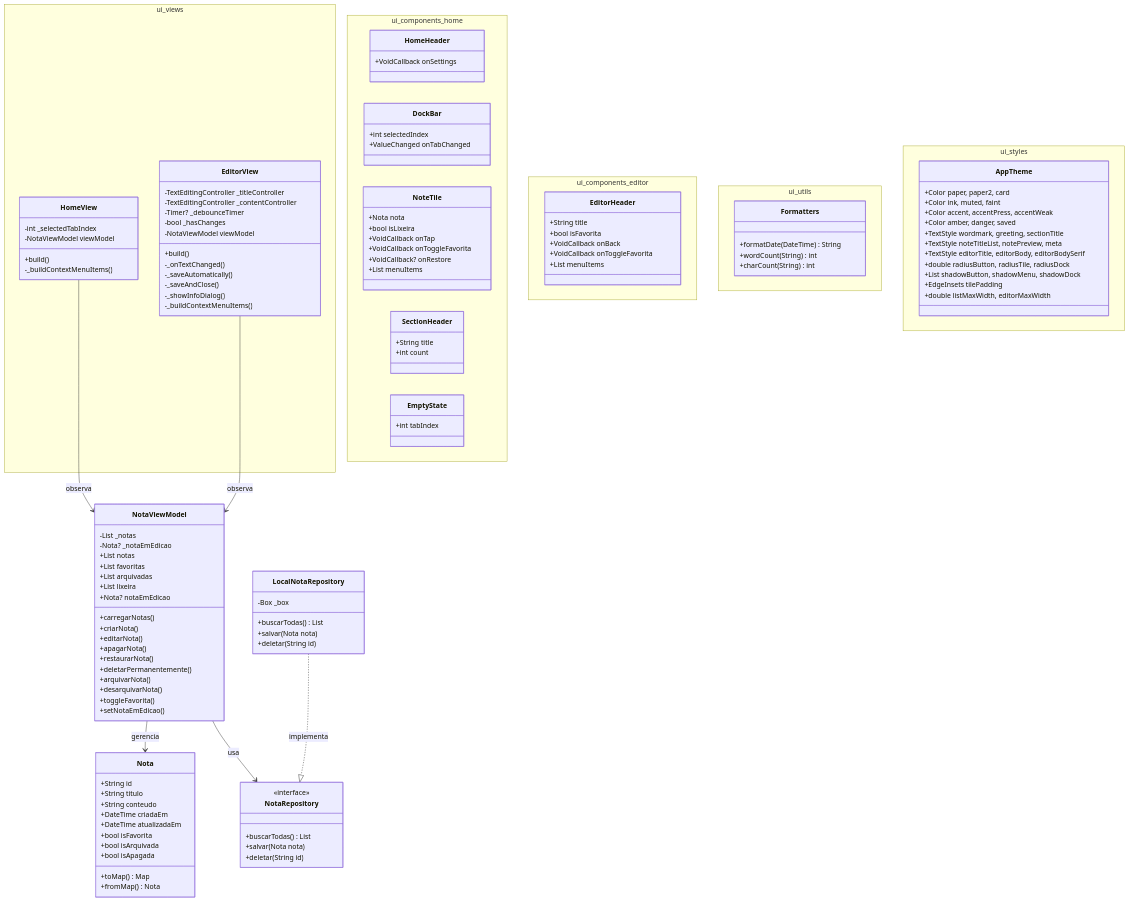
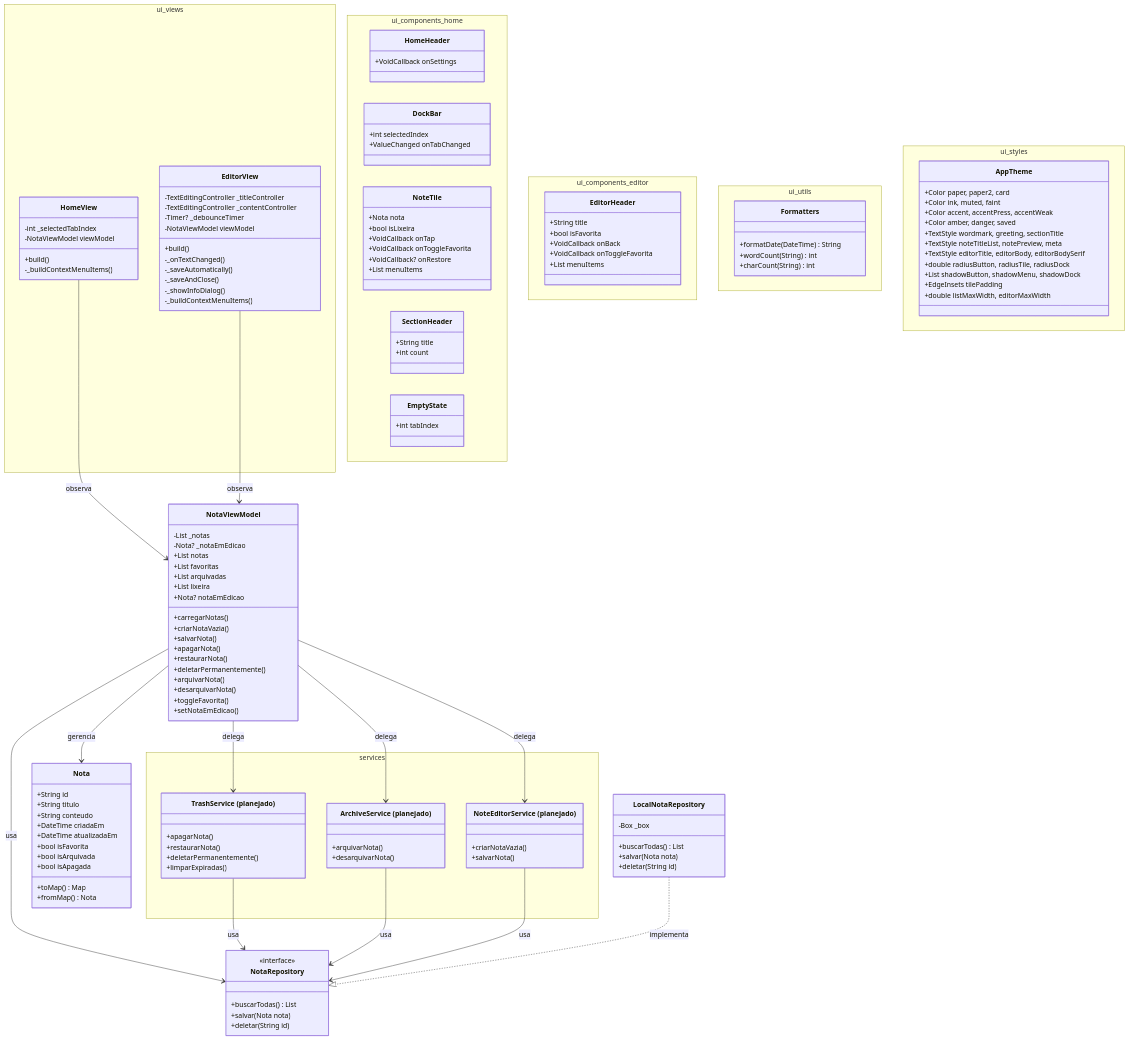
One commit to rogial12/anotai changed the diagram in docs/diagrama.md. Above: the diagram before and after it, drawn with Mermaid.

Commit message:
Atualização na documentação

```diff
--- a/docs/diagrama.md
+++ b/docs/diagrama.md
@@ -26,8 +26,8 @@
         +List lixeira
         +Nota? notaEmEdicao
         +carregarNotas()
-        +criarNota()
-        +editarNota()
+        +criarNotaVazia()
+        +salvarNota()
         +apagarNota()
         +restaurarNota()
         +deletarPermanentemente()
@@ -63,7 +63,6 @@
             -TextEditingController _titleController
             -TextEditingController _contentController
             -Timer? _debounceTimer
-            -bool _hasChanges
             -NotaViewModel viewModel
             +build()
             -_onTextChanged()
@@ -133,7 +132,30 @@
         }
     }
 
+    namespace services {
+        class TrashService["TrashService (planejado)"] {
+            +apagarNota()
+            +restaurarNota()
+            +deletarPermanentemente()
+            +limparExpiradas()
+        }
+        class ArchiveService["ArchiveService (planejado)"] {
+            +arquivarNota()
+            +desarquivarNota()
+        }
+        class NoteEditorService["NoteEditorService (planejado)"] {
+            +criarNotaVazia()
+            +salvarNota()
+        }
+    }
+
     NotaViewModel --> NotaRepository : usa
+    NotaViewModel --> TrashService : delega
+    NotaViewModel --> ArchiveService : delega
+    NotaViewModel --> NoteEditorService : delega
+    TrashService --> NotaRepository : usa
+    ArchiveService --> NotaRepository : usa
+    NoteEditorService --> NotaRepository : usa
     LocalNotaRepository ..|> NotaRepository : implementa
     HomeView --> NotaViewModel : observa
     EditorView --> NotaViewModel : observa
```
